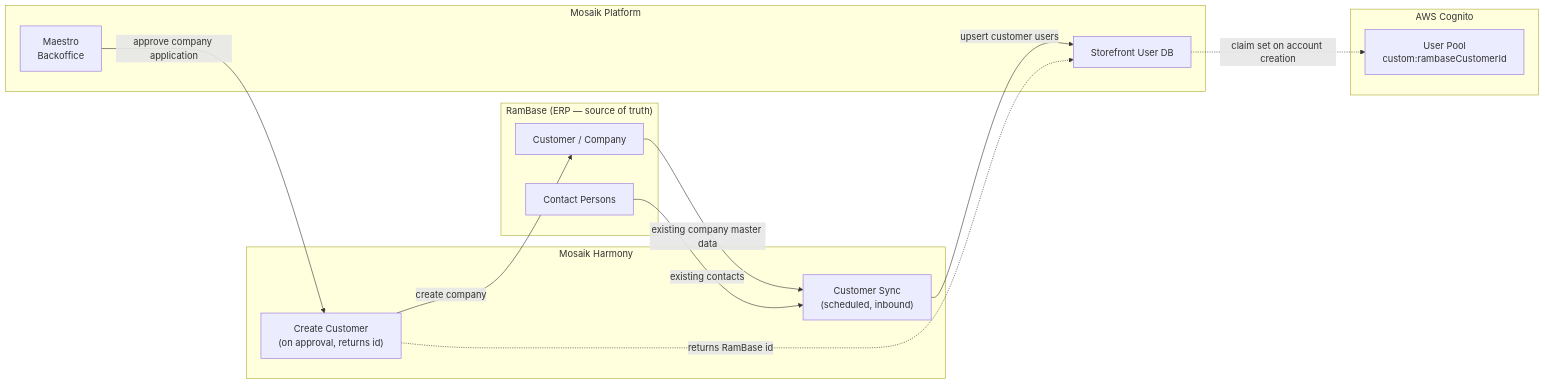
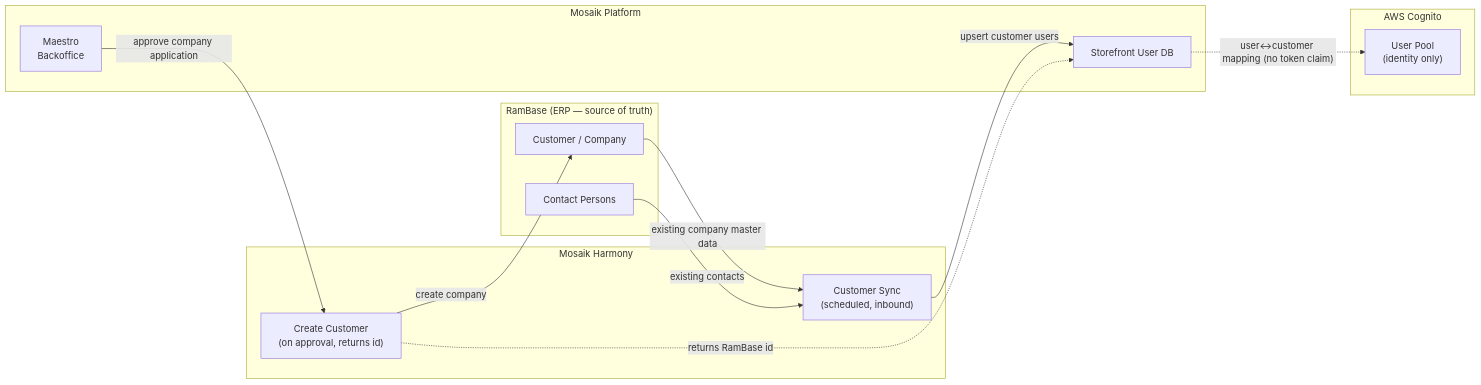
The second of 2 diagrams in docs/flows-customer-sync.md (kairs/pretec-spec), drawn with Mermaid before and after one commit. The commit also changed other lines of this file and 13 other files, not shown here.

First line of the commit message:
Resolve RamBase customer from Mosaik mapping

````diff
--- a/docs/flows-customer-sync.md
+++ b/docs/flows-customer-sync.md
@@ -62,32 +62,32 @@
 ```mermaid
 flowchart LR
     subgraph RB["RamBase (ERP — source of truth)"]
         rb_cust["Customer / Company"]
         rb_contact["Contact Persons"]
     end
 
     subgraph H["Mosaik Harmony"]
         h_sync["Customer Sync\n(scheduled, inbound)"]
         h_create["Create Customer\n(on approval, returns id)"]
     end
 
     subgraph MP["Mosaik Platform"]
         maestro["Maestro\nBackoffice"]
         sf_db["Storefront User DB"]
     end
 
     subgraph AWS["AWS Cognito"]
-        cognito["User Pool\ncustom:rambaseCustomerId"]
+        cognito["User Pool\n(identity only)"]
     end
 
     %% ── Direction 1: RamBase → Mosaik (scheduled inbound sync) ─────────
     rb_cust -->|"existing company master data"| h_sync
     rb_contact -->|"existing contacts"| h_sync
     h_sync -->|"upsert customer users"| sf_db
 
     %% ── Direction 2: Mosaik → RamBase (new company on approval) ────────
     maestro -->|"approve company application"| h_create
     h_create -->|"create company"| rb_cust
     h_create -.->|"returns RamBase id"| sf_db
-    sf_db -.->|"claim set on account creation"| cognito
+    sf_db -.->|"user↔customer mapping (no token claim)"| cognito
 ```
````
